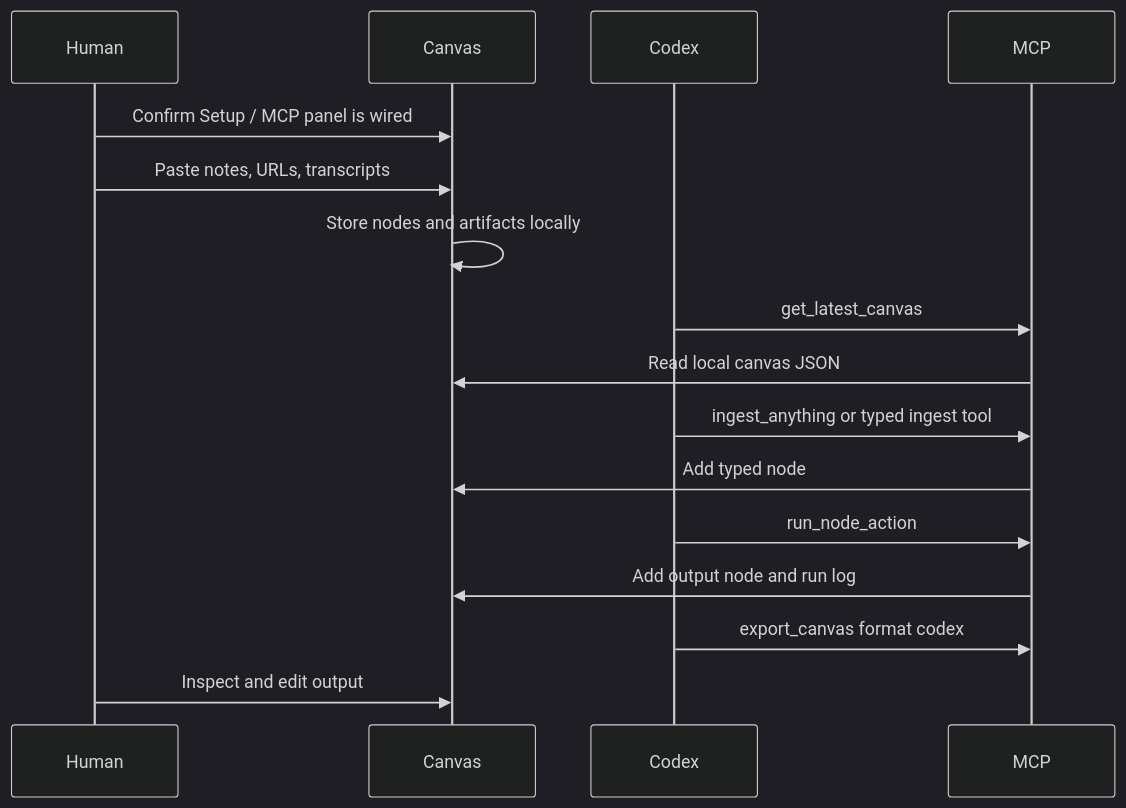
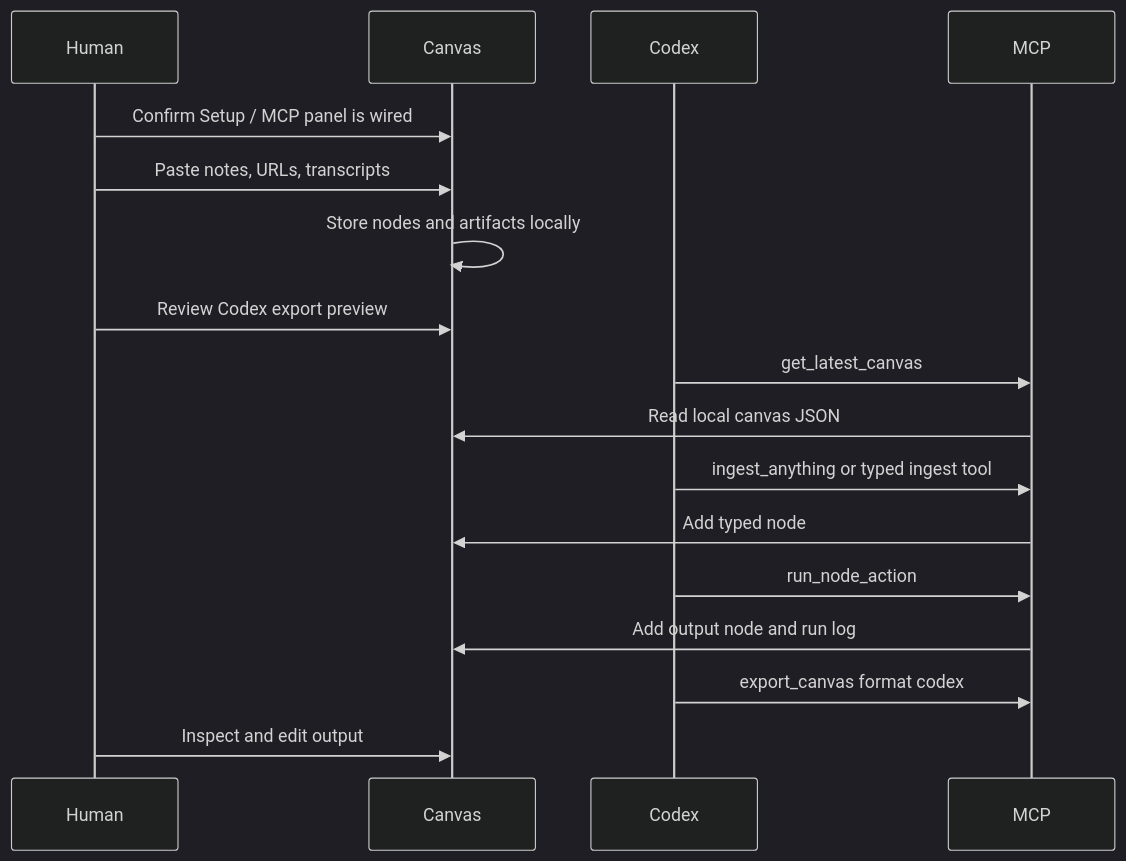
One commit to frankxai/starlight-agent-canvas changed the second of 2 diagrams in docs/user-flows.md. Above: the diagram before and after it, drawn with Mermaid (dark theme). The commit also changed other lines of this file and 11 other files, not shown here.

Commit message:
Make canvas intake and Codex scope explicit

````diff
--- a/docs/user-flows.md
+++ b/docs/user-flows.md
@@ -108,19 +109,20 @@
 ```mermaid
 sequenceDiagram
   participant Human
   participant Canvas
   participant Codex
   participant MCP
 
   Human->>Canvas: Confirm Setup / MCP panel is wired
   Human->>Canvas: Paste notes, URLs, transcripts
   Canvas->>Canvas: Store nodes and artifacts locally
+  Human->>Canvas: Review Codex export preview
   Codex->>MCP: get_latest_canvas
   MCP->>Canvas: Read local canvas JSON
   Codex->>MCP: ingest_anything or typed ingest tool
   MCP->>Canvas: Add typed node
   Codex->>MCP: run_node_action
   MCP->>Canvas: Add output node and run log
   Codex->>MCP: export_canvas format codex
   Human->>Canvas: Inspect and edit output
 ```
````
